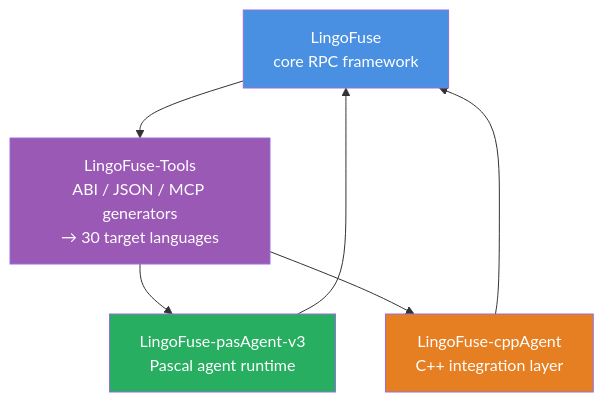
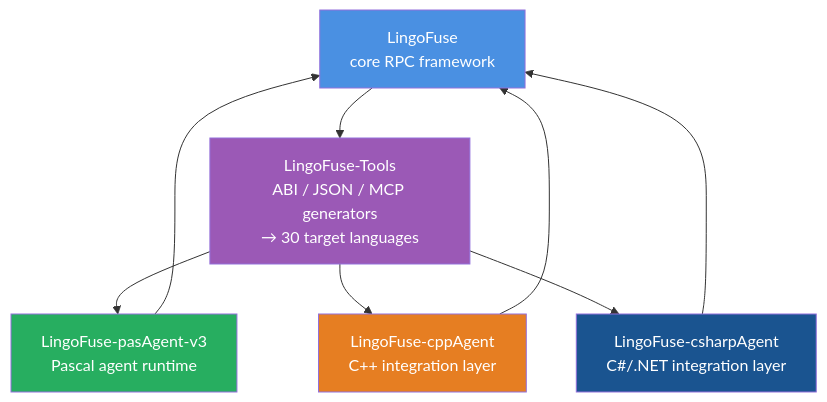
One commit to PassByYou888/LingoFuse-Tools changed the second of 2 diagrams in readme.md. Above: the diagram before and after it, drawn with Mermaid. The commit also changed other lines of this file, not shown here.

First line of the commit message:
Refresh README and add C# agent

````diff
--- a/readme.md
+++ b/readme.md
@@ -391,18 +390,22 @@
 ```mermaid
 flowchart TB
     LF["LingoFuse<br/>core RPC framework"]
     LFT["LingoFuse-Tools<br/>ABI / JSON / MCP generators<br/>→ 30 target languages"]
     PAS["LingoFuse-pasAgent-v3<br/>Pascal agent runtime"]
     CPP["LingoFuse-cppAgent<br/>C++ integration layer"]
+    CS["LingoFuse-csharpAgent<br/>C#/.NET integration layer"]
 
     LF --> LFT
     LFT --> PAS
     LFT --> CPP
+    LFT --> CS
     PAS --> LF
     CPP --> LF
+    CS --> LF
 
     style LF fill:#4A90E2,color:#FFFFFF
     style LFT fill:#9B59B6,color:#FFFFFF
     style PAS fill:#27AE60,color:#FFFFFF
     style CPP fill:#E67E22,color:#FFFFFF
+    style CS fill:#1A5490,color:#FFFFFF
 ```
````
